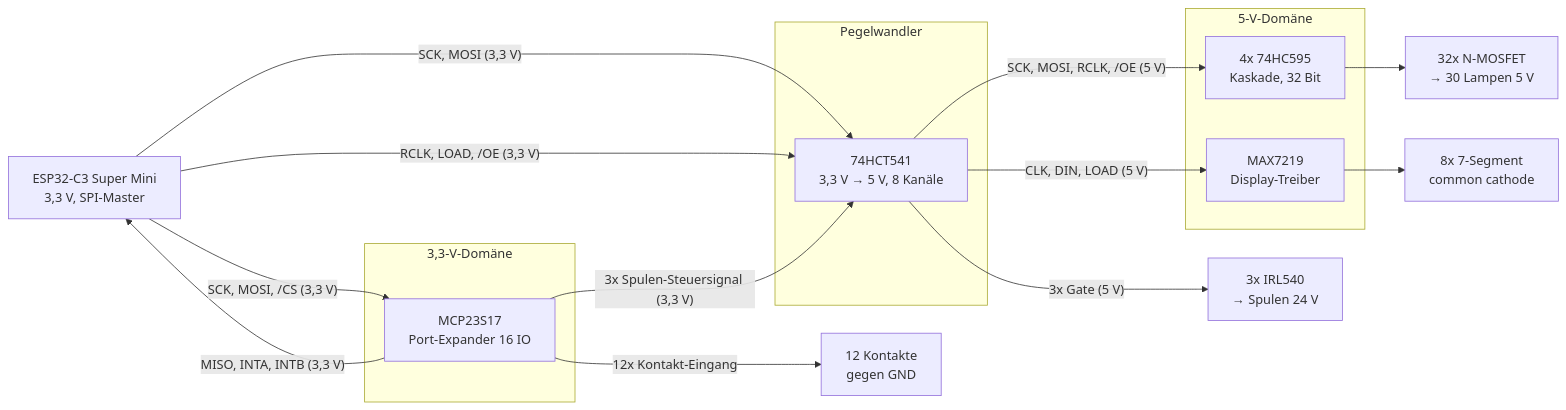
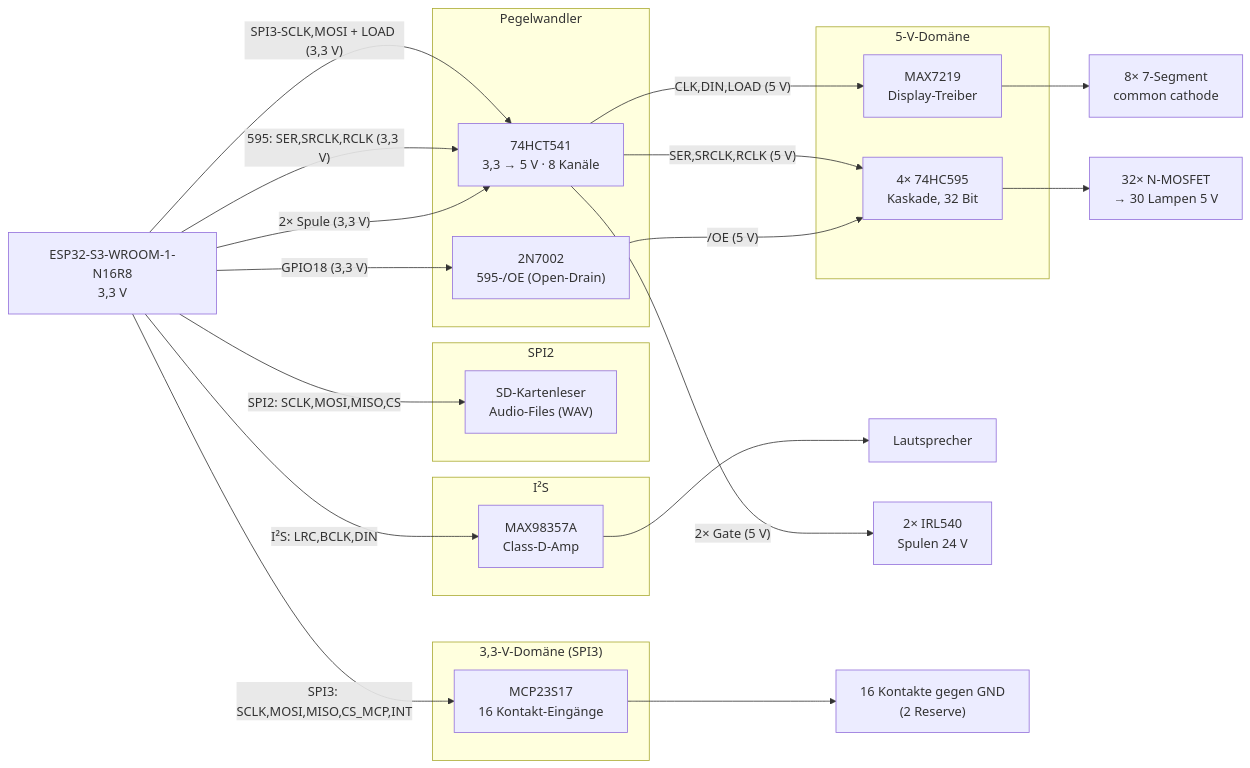
Before and after one commit to bontango/kegelautomat: the diagram in Steuerplatine_Doku.md, drawn with Mermaid. The commit also changed other lines of this file and 15 other files, not shown here.

First line of the commit message:
Umstellung C3 -> S3 (ESP32-S3-WROOM-1-N16R8): Audio via MAX98357A/SD, neue Portbelegung

````diff
--- a/Steuerplatine_Doku.md
+++ b/Steuerplatine_Doku.md
@@ -28,32 +41,44 @@
 ```mermaid
 graph LR
-    ESP[ESP32-C3 Super Mini<br/>3,3 V, SPI-Master]
+    ESP["ESP32-S3-WROOM-1-N16R8<br/>3,3 V"]
 
-    subgraph LV["3,3-V-Domäne"]
-        MCP[MCP23S17<br/>Port-Expander 16 IO]
+    subgraph SPI2["SPI2"]
+        SD["SD-Kartenleser<br/>Audio-Files (WAV)"]
+    end
+
+    subgraph I2S["I²S"]
+        AMP["MAX98357A<br/>Class-D-Amp"]
+    end
+
+    subgraph LV["3,3-V-Domäne (SPI3)"]
+        MCP["MCP23S17<br/>16 Kontakt-Eingänge"]
     end
 
     subgraph BUF["Pegelwandler"]
-        HCT[74HCT541<br/>3,3 V &rarr; 5 V, 8 Kanäle]
+        HCT["74HCT541<br/>3,3 → 5 V · 8 Kanäle"]
+        Q["2N7002<br/>595-/OE (Open-Drain)"]
     end
 
     subgraph HV["5-V-Domäne"]
-        SR[4x 74HC595<br/>Kaskade, 32 Bit]
-        MAX[MAX7219<br/>Display-Treiber]
+        SR["4× 74HC595<br/>Kaskade, 32 Bit"]
+        MAX["MAX7219<br/>Display-Treiber"]
     end
 
-    ESP -- "SCK, MOSI (3,3 V)" --> HCT
-    ESP -- "RCLK, LOAD, /OE (3,3 V)" --> HCT
-    ESP -- "SCK, MOSI, /CS (3,3 V)" --> MCP
-    MCP -- "MISO, INTA, INTB (3,3 V)" --> ESP
+    ESP -- "SPI2: SCLK,MOSI,MISO,CS" --> SD
+    ESP -- "I²S: LRC,BCLK,DIN" --> AMP
+    AMP --> SPK["Lautsprecher"]
+    ESP -- "SPI3: SCLK,MOSI,MISO,CS_MCP,INT" --> MCP
+    ESP -- "SPI3-SCLK,MOSI + LOAD (3,3 V)" --> HCT
+    ESP -- "595: SER,SRCLK,RCLK (3,3 V)" --> HCT
+    ESP -- "GPIO18 (3,3 V)" --> Q
+    ESP -- "2× Spule (3,3 V)" --> HCT
 
-    HCT -- "SCK, MOSI, RCLK, /OE (5 V)" --> SR
-    HCT -- "CLK, DIN, LOAD (5 V)" --> MAX
+    HCT -- "CLK,DIN,LOAD (5 V)" --> MAX
+    HCT -- "SER,SRCLK,RCLK (5 V)" --> SR
+    Q -- "/OE (5 V)" --> SR
+    HCT -- "2× Gate (5 V)" --> IRL["2× IRL540<br/>Spulen 24 V"]
 
-    SR --> LAMPS[32x N-MOSFET<br/>&rarr; 30 Lampen 5 V]
-    MAX --> DISP[8x 7-Segment<br/>common cathode]
-
-    MCP -- "3x Spulen-Steuersignal (3,3 V)" --> HCT
-    HCT -- "3x Gate (5 V)" --> IRL[3x IRL540<br/>&rarr; Spulen 24 V]
-    MCP -- "12x Kontakt-Eingang" --> CONT[12 Kontakte<br/>gegen GND]
+    SR --> LAMPS["32× N-MOSFET<br/>→ 30 Lampen 5 V"]
+    MAX --> DISP["8× 7-Segment<br/>common cathode"]
+    MCP --> CONT["16 Kontakte gegen GND<br/>(2 Reserve)"]
 ```
````
